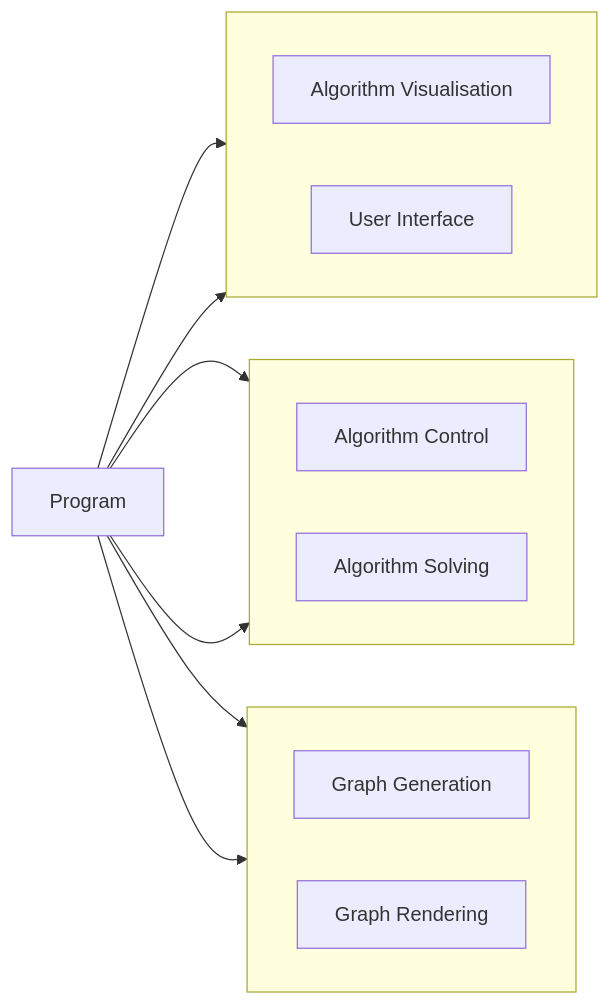
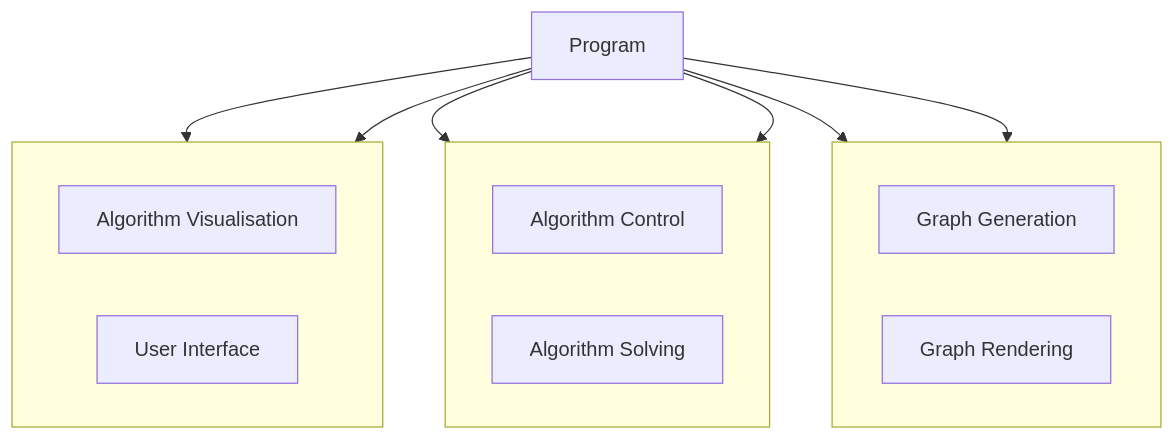
One commit to NoahMSchool/SwiftPlanets changed the first of 10 diagrams in WriteUp/WRITEUP.md. Above: the diagram before and after it, drawn with Mermaid. The commit also changed other lines of this file, not shown here.

````diff
--- a/WriteUp/WRITEUP.md
+++ b/WriteUp/WRITEUP.md
@@ -485,30 +488,30 @@
 ```mermaid
-flowchart LR
+flowchart TD
     Program["Program"]
 
     subgraph Row1[" "]
         direction LR
         GraphGeneration["Graph Generation"]
         GraphRendering["Graph Rendering"]
     end
 
     subgraph Row2[" "]
         direction LR
         AlgorithmControl["Algorithm Control"]
         AlgorithmSolving["Algorithm Solving"]
 
     end
 
     subgraph Row3[" "]
         direction LR
         AlgorithmVisualisation["Algorithm Visualisation"]
         UserInterface["User Interface"]
     end
     
     Program --> GraphGeneration
     Program --> GraphRendering
     Program --> AlgorithmSolving
     Program --> AlgorithmControl
     Program --> AlgorithmVisualisation
     Program --> UserInterface
 ```
````
